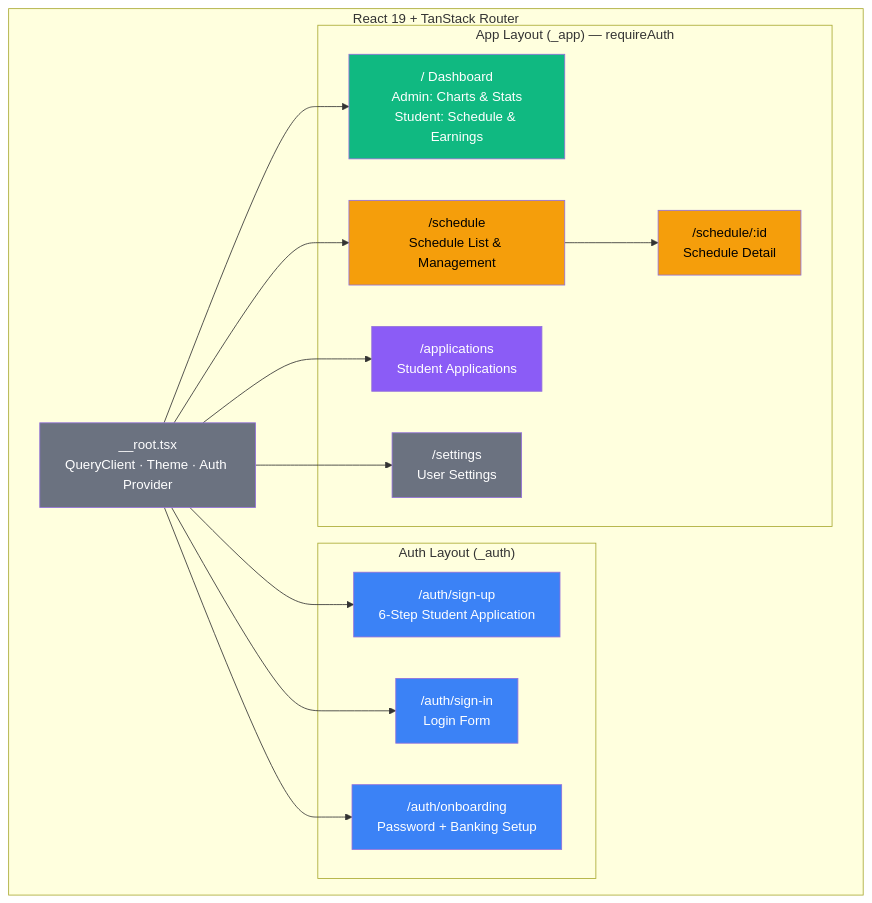
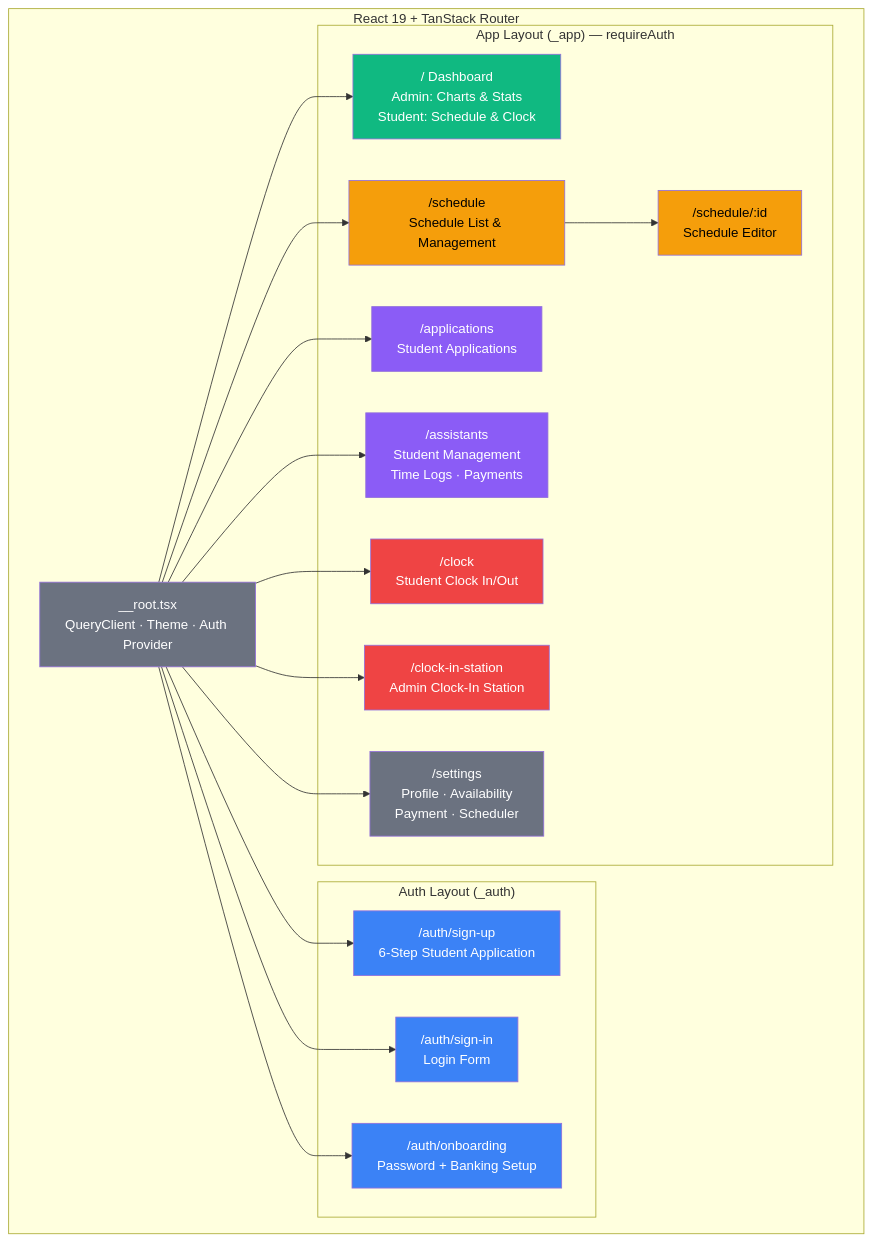
One commit to HDR3604/HelpDeskRostering changed the third of 3 diagrams in diagrams/architecture.md. Above: the diagram before and after it, drawn with Mermaid. The commit also changed other lines of this file and 134 other files, not shown here.

First line of the commit message:
[HDR-45] Settings: user profile, scheduler configs, transcript upload, banking details (#42)

````diff
--- a/diagrams/architecture.md
+++ b/diagrams/architecture.md
@@ -117,39 +129,48 @@
 ```mermaid
 graph TB
     subgraph "React 19 + TanStack Router"
         ROOT["__root.tsx<br/>QueryClient · Theme · Auth Provider"]
 
         subgraph "Auth Layout (_auth)"
             SIGNUP["/auth/sign-up<br/>6-Step Student Application"]
             SIGNIN["/auth/sign-in<br/>Login Form"]
             ONBOARD["/auth/onboarding<br/>Password + Banking Setup"]
         end
 
         subgraph "App Layout (_app) — requireAuth"
-            DASH["/ Dashboard<br/>Admin: Charts & Stats<br/>Student: Schedule & Earnings"]
+            DASH["/ Dashboard<br/>Admin: Charts & Stats<br/>Student: Schedule & Clock"]
             SCHEDP["/schedule<br/>Schedule List & Management"]
-            SCHEDD["/schedule/:id<br/>Schedule Detail"]
+            SCHEDD["/schedule/:id<br/>Schedule Editor"]
             APPS["/applications<br/>Student Applications"]
-            SETTINGS["/settings<br/>User Settings"]
+            ASSIST["/assistants<br/>Student Management<br/>Time Logs · Payments"]
+            CLOCK["/clock<br/>Student Clock In/Out"]
+            CLOCKST["/clock-in-station<br/>Admin Clock-In Station"]
+            SETTINGS["/settings<br/>Profile · Availability<br/>Payment · Scheduler"]
         end
     end
 
     ROOT --> SIGNUP
     ROOT --> SIGNIN
     ROOT --> ONBOARD
     ROOT --> DASH
     ROOT --> SCHEDP
     SCHEDP --> SCHEDD
     ROOT --> APPS
+    ROOT --> ASSIST
+    ROOT --> CLOCK
+    ROOT --> CLOCKST
     ROOT --> SETTINGS
 
     style ROOT fill:#6b7280,color:#fff
     style SIGNUP fill:#3b82f6,color:#fff
     style SIGNIN fill:#3b82f6,color:#fff
     style ONBOARD fill:#3b82f6,color:#fff
     style DASH fill:#10b981,color:#fff
     style SCHEDP fill:#f59e0b,color:#000
     style SCHEDD fill:#f59e0b,color:#000
     style APPS fill:#8b5cf6,color:#fff
+    style ASSIST fill:#8b5cf6,color:#fff
+    style CLOCK fill:#ef4444,color:#fff
+    style CLOCKST fill:#ef4444,color:#fff
     style SETTINGS fill:#6b7280,color:#fff
 ```
````
